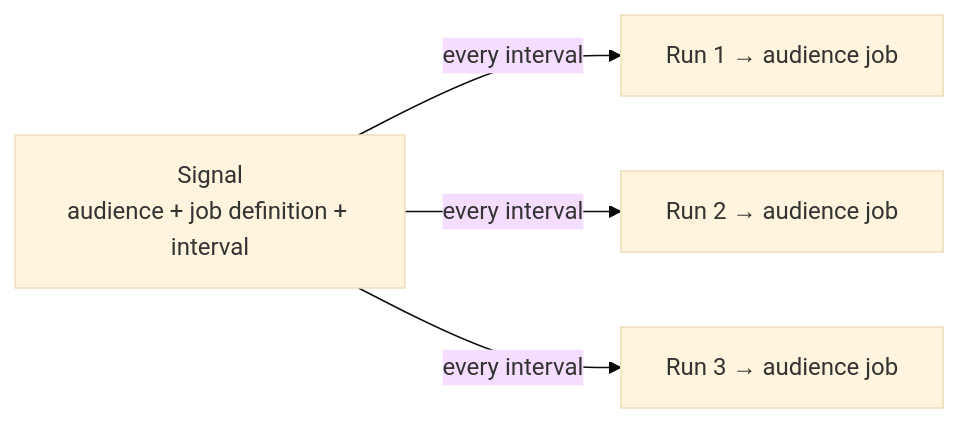
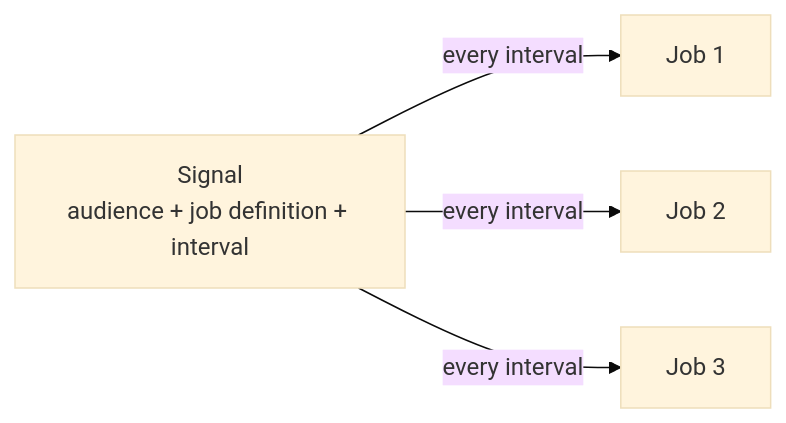
One commit to RapidataAI/rapidata-python-sdk changed the diagram in docs/signals.md. Above: the diagram before and after it, drawn with Mermaid (base theme). The commit also changed other lines of this file and 6 other files, not shown here.

First line of the commit message:
refactor(signal): produce live RapidataJobs, drop SignalRun snapshot

````diff
--- a/docs/signals.md
+++ b/docs/signals.md
@@ -20,6 +22,6 @@
 ```mermaid
 graph LR
-    S[Signal<br/>audience + job definition + interval] -->|every interval| R1[Run 1 → audience job]
-    S -->|every interval| R2[Run 2 → audience job]
-    S -->|every interval| R3[Run 3 → audience job]
+    S[Signal<br/>audience + job definition + interval] -->|every interval| J1[Job 1]
+    S -->|every interval| J2[Job 2]
+    S -->|every interval| J3[Job 3]
 ```
````
